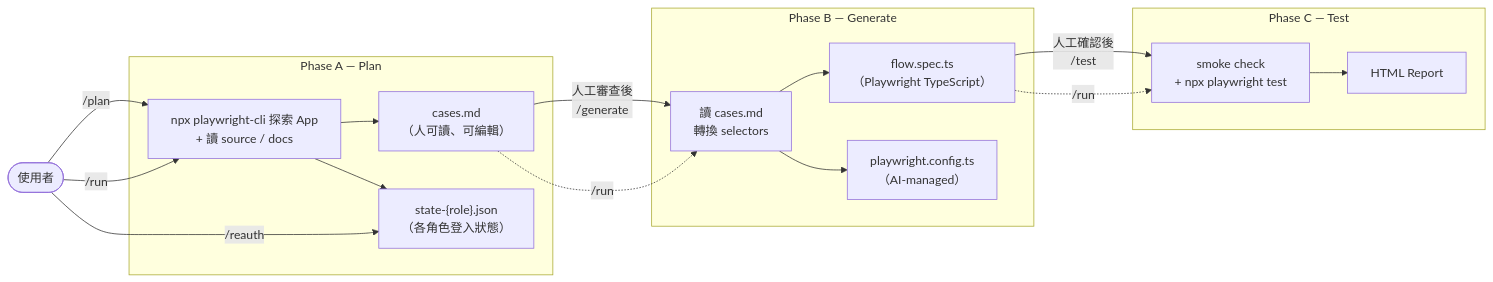
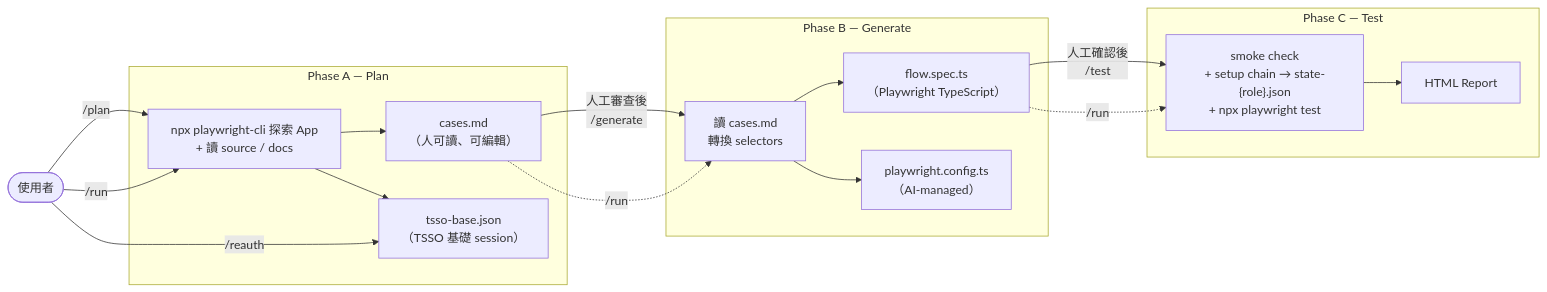
Before and after one commit to cuboid0223/qa-engine-cli: the diagram in README.md, drawn with Mermaid. The commit also changed other lines of this file, not shown here.

````diff
--- a/README.md
+++ b/README.md
@@ -42,32 +47,32 @@
 ```mermaid
 flowchart LR
     User(["使用者"])
 
     User -->|"/plan"| A1
     User -->|"/run"| A1
 
     subgraph A["Phase A — Plan"]
         A1["npx playwright-cli 探索 App\n+ 讀 source / docs"]
         A1 --> A2["cases.md\n（人可讀、可編輯）"]
-        A1 --> A3["state-{role}.json\n（各角色登入狀態）"]
+        A1 --> A3["tsso-base.json\n（TSSO 基礎 session）"]
     end
 
     A2 -->|"人工審查後\n/generate"| B1
     A2 -.->|"/run"| B1
 
     subgraph B["Phase B — Generate"]
         B1["讀 cases.md\n轉換 selectors"]
         B1 --> B2["flow.spec.ts\n（Playwright TypeScript）"]
         B1 --> B3["playwright.config.ts\n（AI-managed）"]
     end
 
     B2 -->|"人工確認後\n/test"| C1
     B2 -.->|"/run"| C1
 
     subgraph C["Phase C — Test"]
-        C1["smoke check\n+ npx playwright test"]
+        C1["smoke check\n+ setup chain → state-{role}.json\n+ npx playwright test"]
         C1 --> C2["HTML Report"]
     end
 
     User -->|"/reauth"| A3
 ```
````
